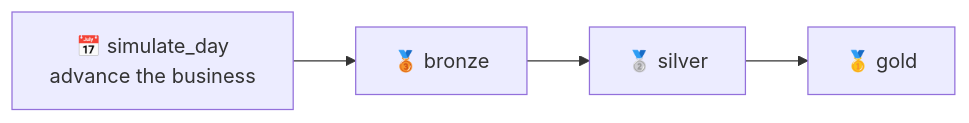
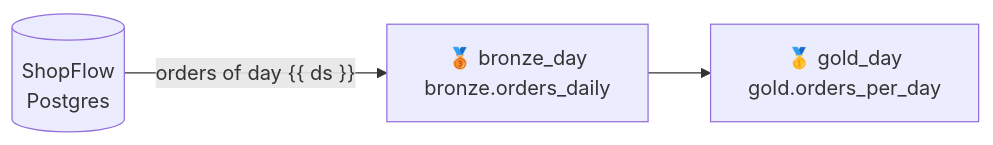
Before and after one commit to maarthala/databrick-local-simulator: the diagram in training/docs/unit5/schedule.md, drawn with Mermaid. The commit also changed other lines of this file and 3 other files, not shown here.

````diff
--- a/training/docs/unit5/schedule.md
+++ b/training/docs/unit5/schedule.md
@@ -11,5 +9,5 @@
 ```mermaid
 flowchart LR
-  SIM["📅 simulate_day<br/>advance the business"]
-  --> B["🥉 bronze"] --> S["🥈 silver"] --> G["🥇 gold"]
+  PG[("ShopFlow<br/>Postgres")] -->|"orders of day {{ ds }}"| B["🥉 bronze_day<br/>bronze.orders_daily"]
+  B --> G["🥇 gold_day<br/>gold.orders_per_day"]
 ```
````
